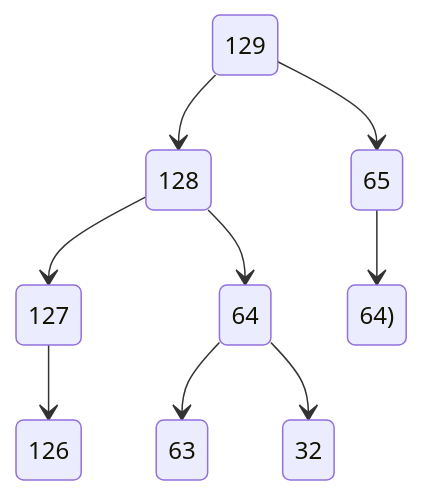
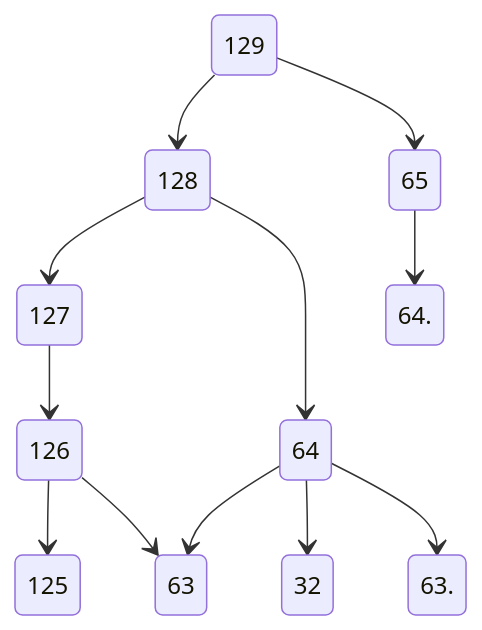
The diagram in 19.md (viktorshandrikov/repository-1), drawn with Mermaid before and after one commit.

````diff
--- a/19.md
+++ b/19.md
@@ -1,11 +1,14 @@
 ```mermaid
 stateDiagram-v2
 129 --> 128
 129 --> 65
 128 --> 127
 128 --> 64
-65 --> 64)
+65 --> 64.
 64 -->63 
 64 --> 32
 127-->126
+126 --> 125 
+126 --> 63
+64 --> 63.
 ```
````
